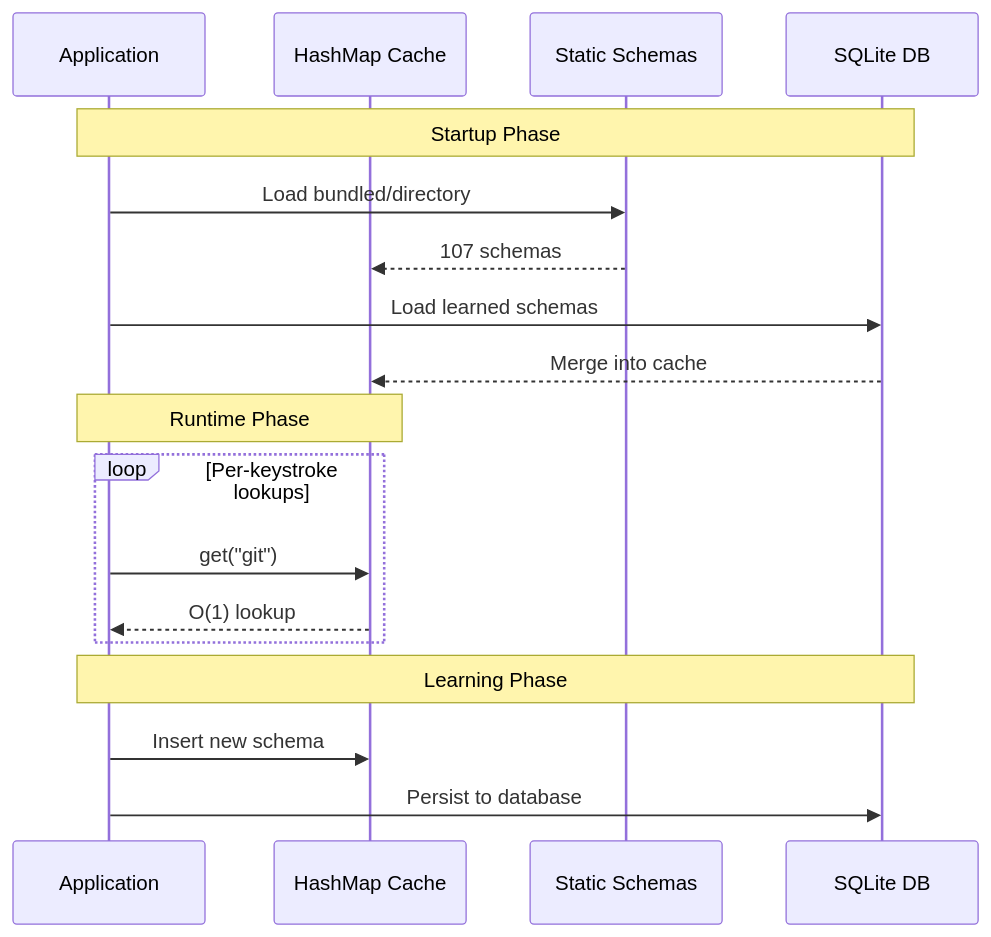
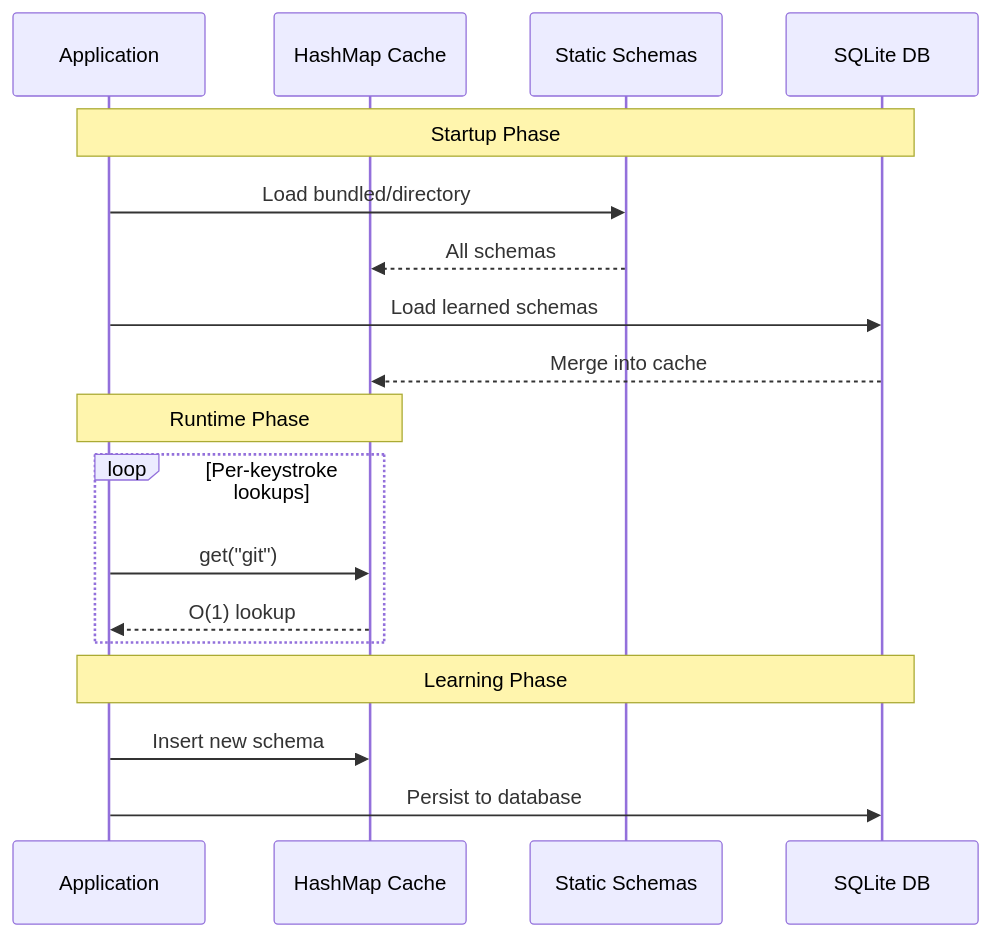
One commit to ex1tium/command-schema changed the diagram in README.md. Above: the diagram before and after it, drawn with Mermaid. The commit also changed other lines of this file and 3 other files, not shown here.

Commit message:
refactor: update documentation to clarify schema fetching process and usage instructions

````diff
--- a/README.md
+++ b/README.md
@@ -245,23 +267,23 @@
 ```mermaid
 sequenceDiagram
     participant App as Application
     participant Cache as HashMap Cache
     participant Static as Static Schemas
     participant SQL as SQLite DB
 
     Note over App,SQL: Startup Phase
     App->>Static: Load bundled/directory
-    Static-->>Cache: 107 schemas
+    Static-->>Cache: All schemas
     App->>SQL: Load learned schemas
     SQL-->>Cache: Merge into cache
 
     Note over App,Cache: Runtime Phase
     loop Per-keystroke lookups
         App->>Cache: get("git")
         Cache-->>App: O(1) lookup
     end
 
     Note over App,SQL: Learning Phase
     App->>Cache: Insert new schema
     App->>SQL: Persist to database
 ```
````
